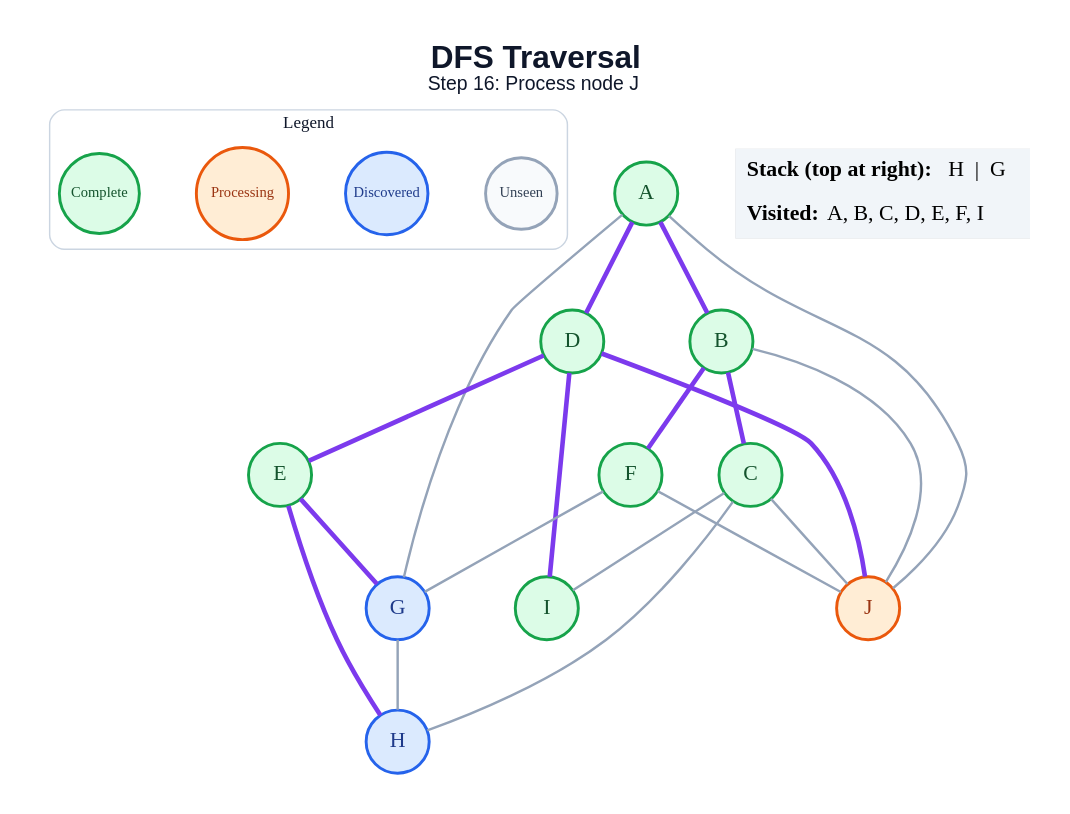
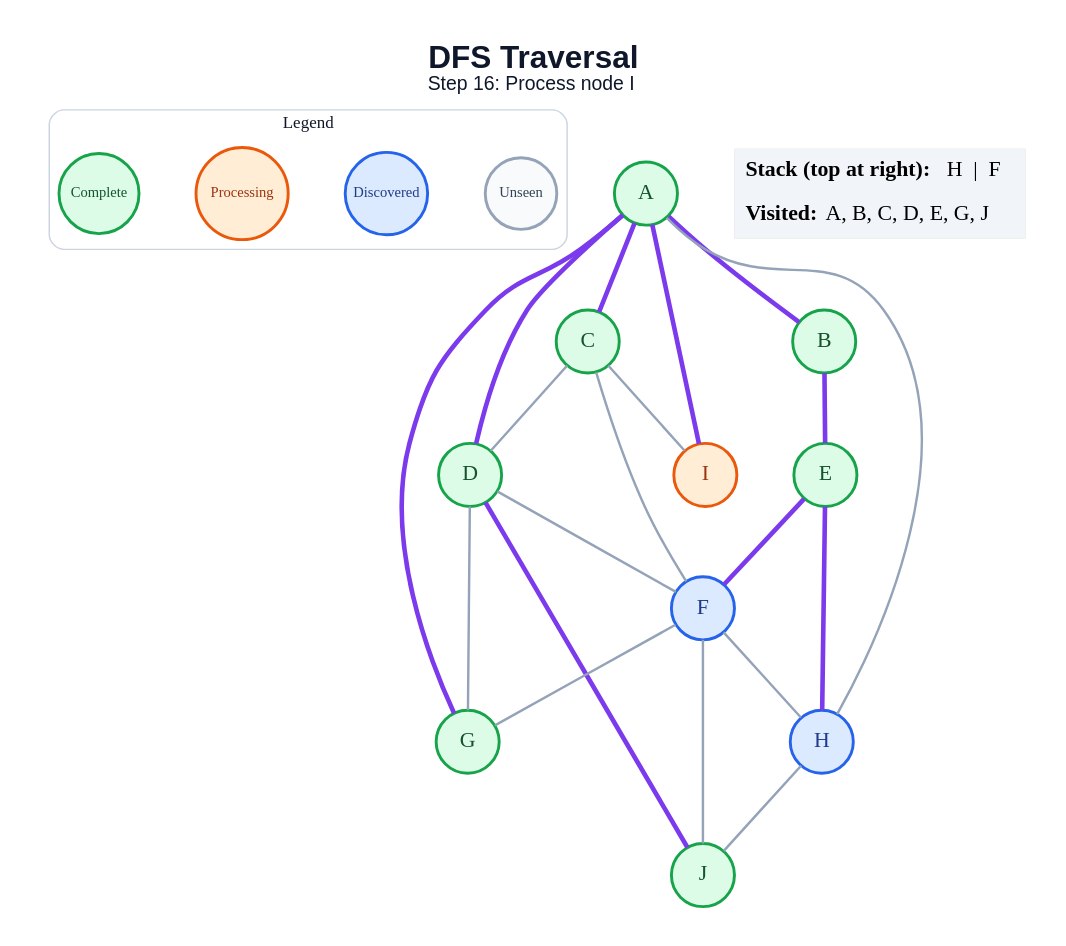
Before and after one commit to anon7238593-create/ai-slop: the diagram in generated/specific-node/dfs/step_16.dot, drawn with Graphviz. The commit also changed 171 other files, not shown here.

```diff
--- a/generated/specific-node/dfs/step_16.dot
+++ b/generated/specific-node/dfs/step_16.dot
@@ -1,47 +1,48 @@
 graph traversal {
   graph [layout=dot, rankdir=TB, bgcolor="#FFFFFF", pad="0.35", nodesep="0.65", ranksep="0.8", fontname="Arial"];
   node [shape=circle, style="filled", fontname="Arial Bold", fontsize=18, width=0.72, fixedsize=true, penwidth=2.4];
   edge [color="#94A3B8", penwidth=2.0];
-  label=<<B>DFS Traversal</B><BR/><FONT POINT-SIZE="16">Step 16: Process node J</FONT>>; labelloc="t"; fontsize=26; fontname="Arial"; fontcolor="#0F172A";
+  label=<<B>DFS Traversal</B><BR/><FONT POINT-SIZE="16">Step 16: Process node I</FONT>>; labelloc="t"; fontsize=26; fontname="Arial"; fontcolor="#0F172A";
   subgraph cluster_legend { label="Legend"; color="#CBD5E1"; penwidth=1.2; style="rounded"; fontsize=14; fontname="Arial Bold";
     key_unseen [label="Unseen", fillcolor="#F8FAFC", color="#94A3B8", fontcolor="#334155", fontsize=12, width=0.82];
     key_frontier [label="Discovered", fillcolor="#DBEAFE", color="#2563EB", fontcolor="#1E3A8A", fontsize=12, width=0.95];
     key_current [label="Processing", fillcolor="#FFEDD5", color="#EA580C", fontcolor="#9A3412", fontsize=12, width=1.05];
     key_done [label="Complete", fillcolor="#DCFCE7", color="#16A34A", fontcolor="#14532D", fontsize=12, width=0.92];
     { rank=same; key_unseen; key_frontier; key_current; key_done; }
   }
   A [fillcolor="#DCFCE7", color="#16A34A", fontcolor="#14532D"];
   B [fillcolor="#DCFCE7", color="#16A34A", fontcolor="#14532D"];
   C [fillcolor="#DCFCE7", color="#16A34A", fontcolor="#14532D"];
   D [fillcolor="#DCFCE7", color="#16A34A", fontcolor="#14532D"];
   E [fillcolor="#DCFCE7", color="#16A34A", fontcolor="#14532D"];
-  F [fillcolor="#DCFCE7", color="#16A34A", fontcolor="#14532D"];
-  G [fillcolor="#DBEAFE", color="#2563EB", fontcolor="#1E3A8A"];
+  F [fillcolor="#DBEAFE", color="#2563EB", fontcolor="#1E3A8A"];
+  G [fillcolor="#DCFCE7", color="#16A34A", fontcolor="#14532D"];
   H [fillcolor="#DBEAFE", color="#2563EB", fontcolor="#1E3A8A"];
-  I [fillcolor="#DCFCE7", color="#16A34A", fontcolor="#14532D"];
-  J [fillcolor="#FFEDD5", color="#EA580C", fontcolor="#9A3412"];
+  I [fillcolor="#FFEDD5", color="#EA580C", fontcolor="#9A3412"];
+  J [fillcolor="#DCFCE7", color="#16A34A", fontcolor="#14532D"];
   A -- B [color="#7C3AED", penwidth=3.8];
+  A -- C [color="#7C3AED", penwidth=3.8];
   A -- D [color="#7C3AED", penwidth=3.8];
-  A -- G;
-  A -- J;
-  B -- C [color="#7C3AED", penwidth=3.8];
-  B -- F [color="#7C3AED", penwidth=3.8];
-  B -- J;
-  C -- H;
+  A -- G [color="#7C3AED", penwidth=3.8];
+  A -- H;
+  A -- I [color="#7C3AED", penwidth=3.8];
+  B -- E [color="#7C3AED", penwidth=3.8];
+  C -- D;
+  C -- F;
   C -- I;
-  C -- J;
-  D -- E [color="#7C3AED", penwidth=3.8];
-  D -- I [color="#7C3AED", penwidth=3.8];
+  D -- F;
+  D -- G;
   D -- J [color="#7C3AED", penwidth=3.8];
-  E -- G [color="#7C3AED", penwidth=3.8];
+  E -- F [color="#7C3AED", penwidth=3.8];
   E -- H [color="#7C3AED", penwidth=3.8];
   F -- G;
+  F -- H;
   F -- J;
-  G -- H;
+  H -- J;
   status [shape=plain, fixedsize=false, width=0, height=0, margin=0, label=<
     <TABLE BORDER="0" CELLBORDER="0" CELLPADDING="7" BGCOLOR="#F1F5F9">
-      <TR><TD ALIGN="LEFT"><B>Stack (top at right):</B> H  |  G</TD></TR>
-      <TR><TD ALIGN="LEFT"><B>Visited:</B> A, B, C, D, E, F, I</TD></TR>
+      <TR><TD ALIGN="LEFT"><B>Stack (top at right):</B> H  |  F</TD></TR>
+      <TR><TD ALIGN="LEFT"><B>Visited:</B> A, B, C, D, E, G, J</TD></TR>
     </TABLE>
   >];
 }
```
